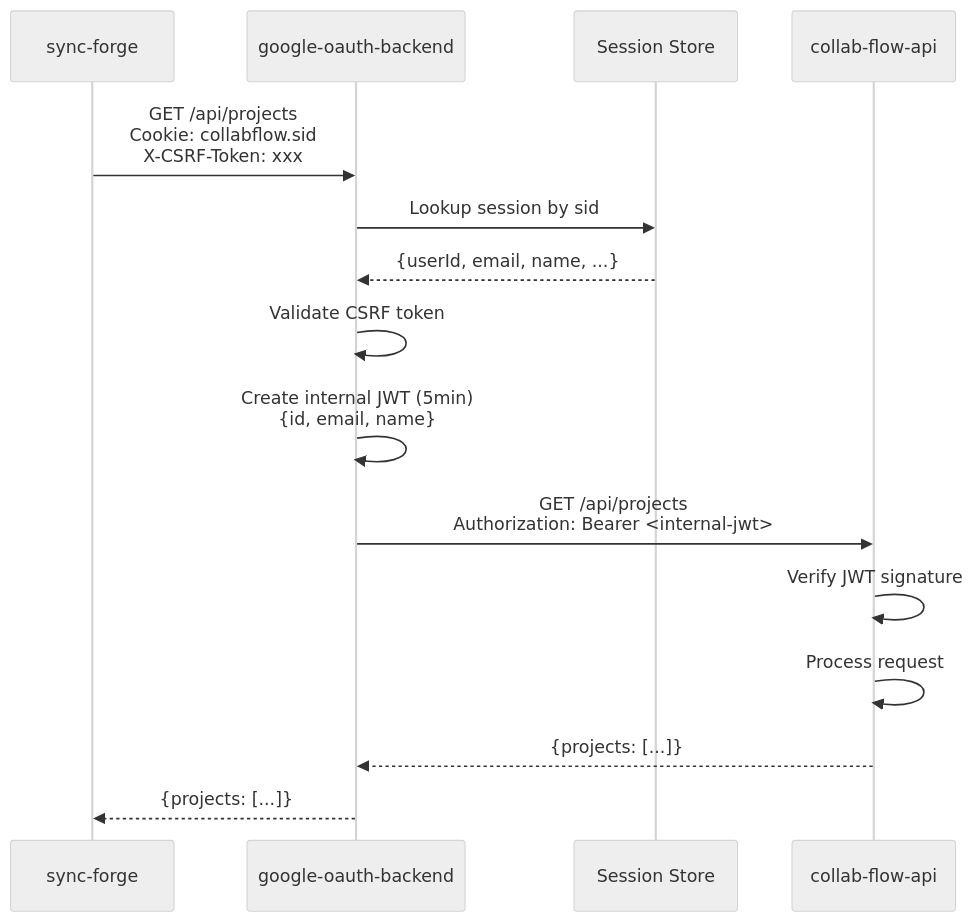
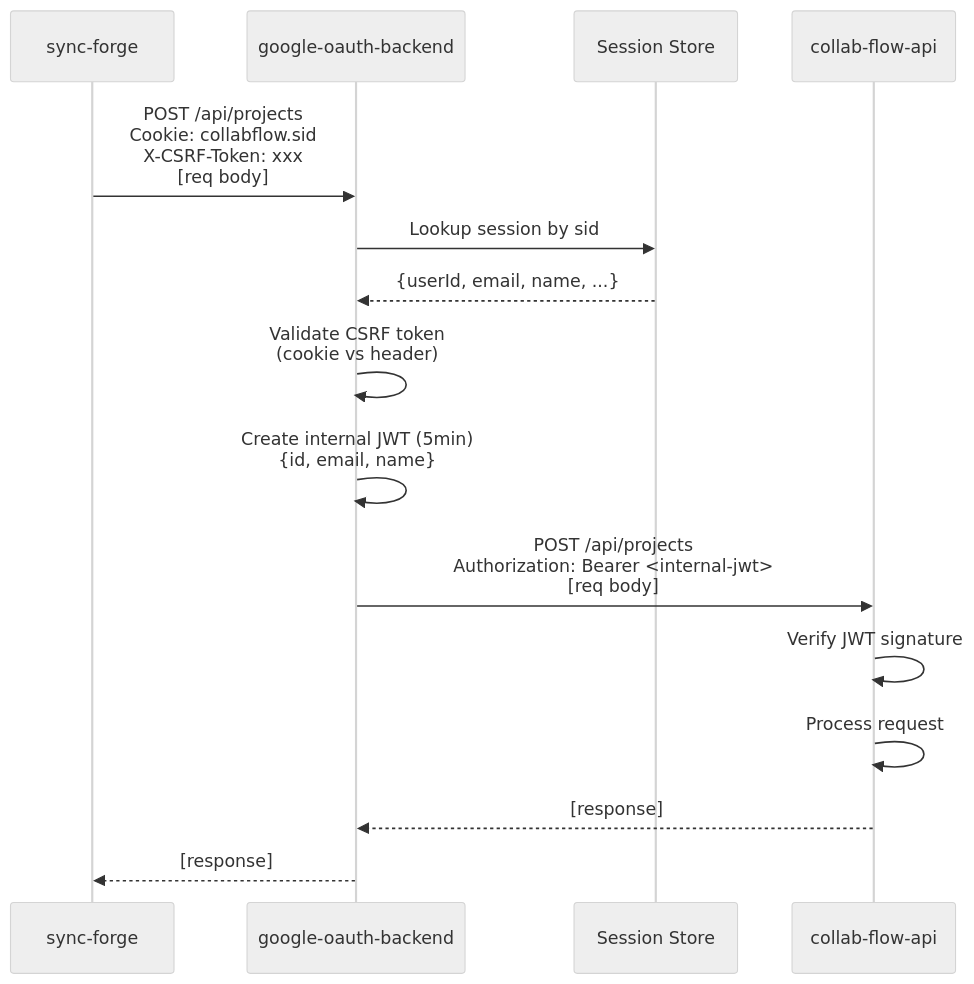
The fourth of 6 diagrams in SESSION_AUTH_DIAGRAMS.md (akronim/collab-flow), drawn with Mermaid (neutral theme) before and after one commit. The commit also changed other lines of this file and 11 other files, not shown here.

Commit message:
update auth diagram, finish toast integration

````diff
--- a/SESSION_AUTH_DIAGRAMS.md
+++ b/SESSION_AUTH_DIAGRAMS.md
@@ -105,18 +106,18 @@
 ```mermaid
 sequenceDiagram
     participant FE as sync-forge
     participant GW as google-oauth-backend
     participant SS as Session Store
     participant API as collab-flow-api
 
-    FE->>GW: GET /api/projects<br/>Cookie: collabflow.sid<br/>X-CSRF-Token: xxx
+    FE->>GW: POST /api/projects<br/>Cookie: collabflow.sid<br/>X-CSRF-Token: xxx<br/>[req body]
     GW->>SS: Lookup session by sid
     SS-->>GW: {userId, email, name, ...}
-    GW->>GW: Validate CSRF token
+    GW->>GW: Validate CSRF token<br/>(cookie vs header)
     GW->>GW: Create internal JWT (5min)<br/>{id, email, name}
-    GW->>API: GET /api/projects<br/>Authorization: Bearer <internal-jwt>
+    GW->>API: POST /api/projects<br/>Authorization: Bearer <internal-jwt><br/>[req body]
     API->>API: Verify JWT signature
     API->>API: Process request
-    API-->>GW: {projects: [...]}
-    GW-->>FE: {projects: [...]}
+    API-->>GW: [response]
+    GW-->>FE: [response]
 ```
````
